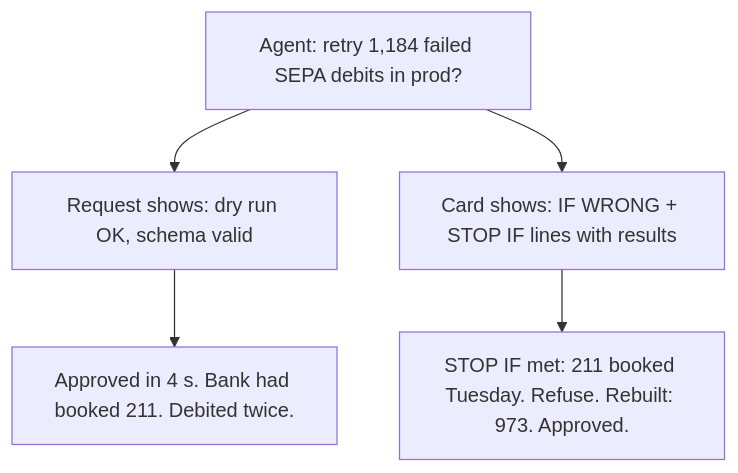
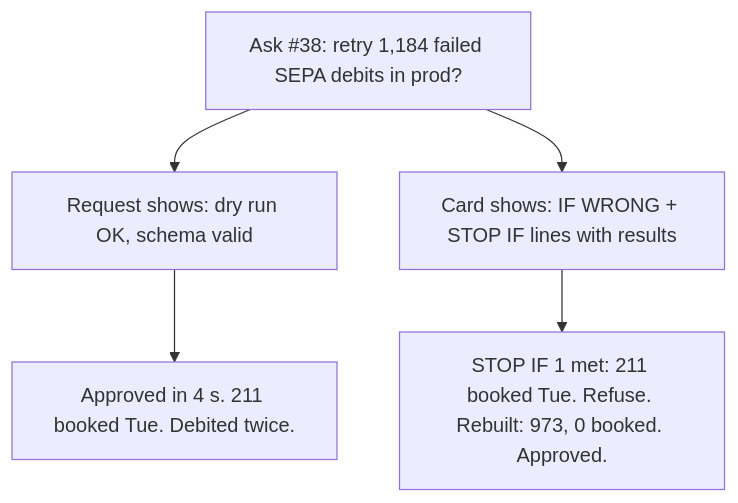
One commit to arunveersingh/ai changed the diagram in courses/make-ai-fail-safely/day-13.md. Above: the diagram before and after it, drawn with Mermaid. The commit also changed other lines of this file and 10 other files, not shown here.

````diff
--- a/courses/make-ai-fail-safely/day-13.md
+++ b/courses/make-ai-fail-safely/day-13.md
@@ -17,7 +21,7 @@
 ```mermaid
 flowchart TB
-  A["Agent: retry 1,184 failed SEPA debits in prod?"] --> R["Request shows: dry run OK, schema valid"]
+  A["Ask #38: retry 1,184 failed SEPA debits in prod?"] --> R["Request shows: dry run OK, schema valid"]
   A --> C["Card shows: IF WRONG + STOP IF lines with results"]
-  R --> W["Approved in 4 s. Bank had booked 211. Debited twice."]
-  C --> S["STOP IF met: 211 booked Tuesday. Refuse. Rebuilt: 973. Approved."]
+  R --> W["Approved in 4 s. 211 booked Tue. Debited twice."]
+  C --> S["STOP IF 1 met: 211 booked Tue. Refuse. Rebuilt: 973, 0 booked. Approved."]
 ```
````
